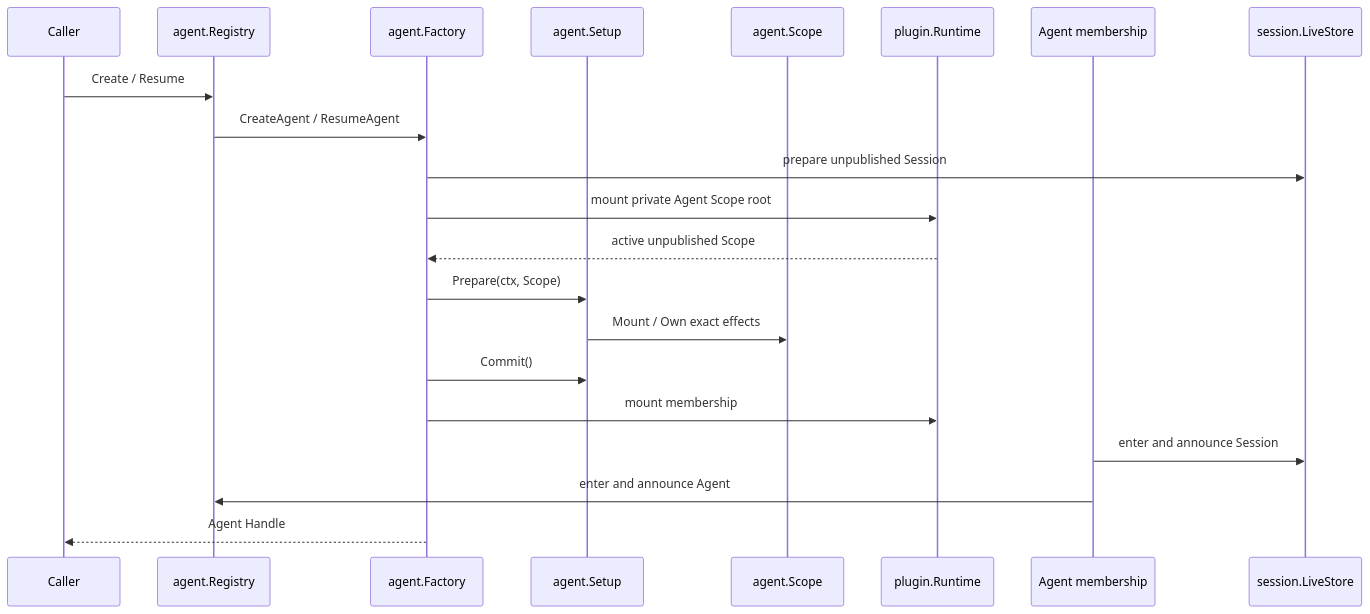
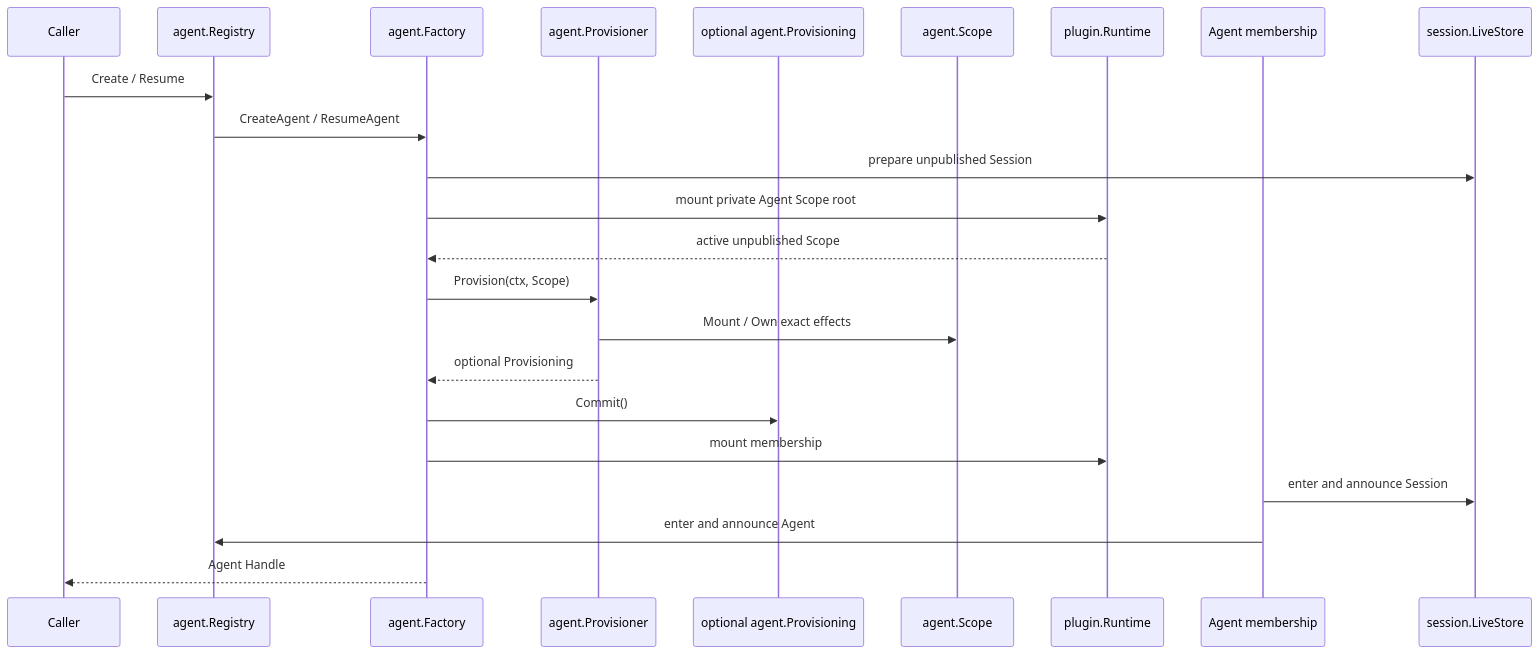
Before and after one commit to gorenx/goren: the diagram in agent/README.zh-CN.md, drawn with Mermaid. The commit also changed other lines of this file and 17 other files, not shown here.

````diff
--- a/agent/README.zh-CN.md
+++ b/agent/README.zh-CN.md
@@ -22,24 +22,26 @@
 ```mermaid
 sequenceDiagram
     participant Caller as Caller
     participant Registry as agent.Registry
     participant Factory as agent.Factory
-    participant Setup as agent.Setup
+    participant Provisioner as agent.Provisioner
+    participant Provisioning as optional agent.Provisioning
     participant Scope as agent.Scope
     participant Runtime as plugin.Runtime
     participant Membership as Agent membership
     participant Session as session.LiveStore
 
     Caller->>Registry: Create / Resume
     Registry->>Factory: CreateAgent / ResumeAgent
     Factory->>Session: prepare unpublished Session
     Factory->>Runtime: mount private Agent Scope root
     Runtime-->>Factory: active unpublished Scope
-    Factory->>Setup: Prepare(ctx, Scope)
-    Setup->>Scope: Mount / Own exact effects
-    Factory->>Setup: Commit()
+    Factory->>Provisioner: Provision(ctx, Scope)
+    Provisioner->>Scope: Mount / Own exact effects
+    Provisioner-->>Factory: optional Provisioning
+    Factory->>Provisioning: Commit()
     Factory->>Runtime: mount membership
     Membership->>Session: enter and announce Session
     Membership->>Registry: enter and announce Agent
     Factory-->>Caller: Agent Handle
 ```
````
